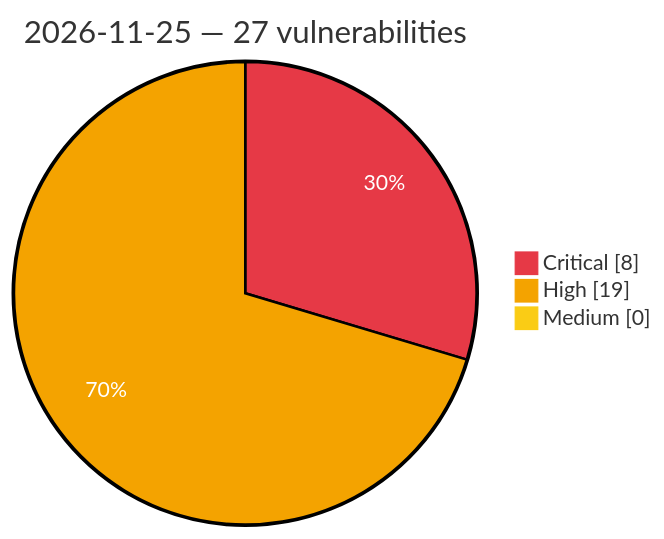
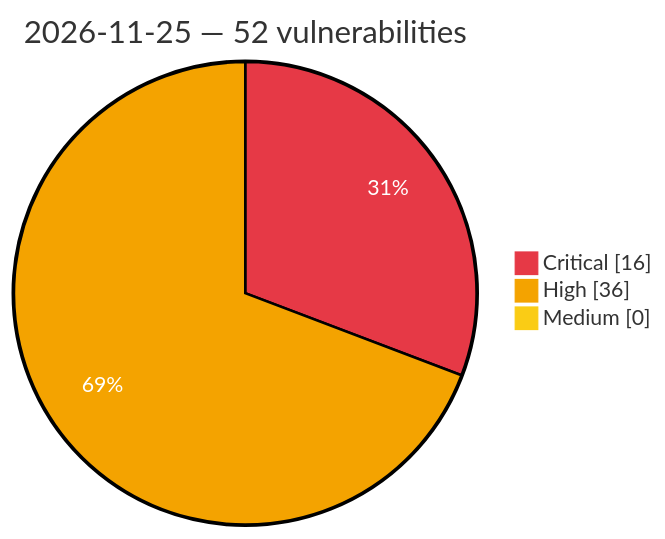
One commit to GhostX0X/vuln-tracker changed the diagram in vulnerabilities/2026/November/2026-11-25.md. Above: the diagram before and after it, drawn with Mermaid. The commit also changed other lines of this file and 5 other files, not shown here.

Commit message:
Auto update: critical/high vulns (2026-11-25 20:41 UTC)

````diff
--- a/vulnerabilities/2026/November/2026-11-25.md
+++ b/vulnerabilities/2026/November/2026-11-25.md
@@ -3,8 +3,8 @@
 ```mermaid
 %%{init: {'theme':'base', 'themeVariables': {'pie1':'#e63946', 'pie2':'#f4a300', 'pie3':'#facc15', 'pieOpacity':'1', 'pieOuterStrokeWidth':'2px', 'pieSectionTextColor':'#ffffff'}}}%%
 pie showData
-    title 2026-11-25 — 27 vulnerabilities
-    "Critical" : 8
-    "High" : 19
+    title 2026-11-25 — 52 vulnerabilities
+    "Critical" : 16
+    "High" : 36
     "Medium" : 0
 ```
````
